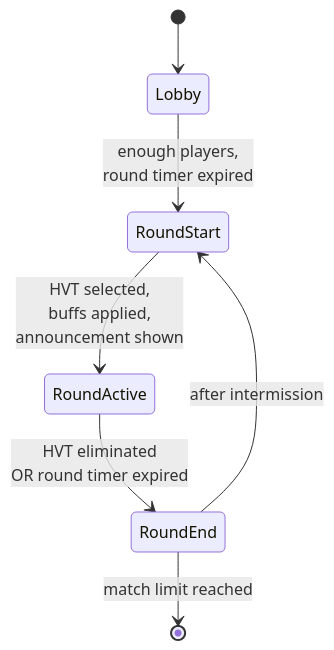
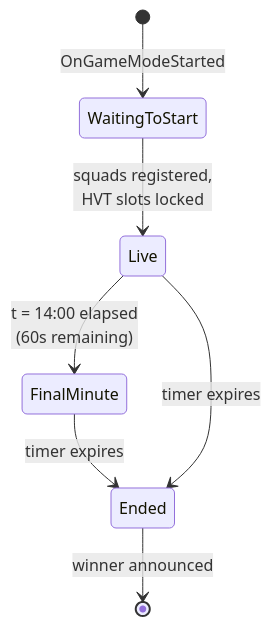
Before and after one commit to dklaver15/the189th-docs: the first of 3 diagrams in docs/portal-modes/vendetta/design.md, drawn with Mermaid. The commit also changed other lines of this file and 5 other files, not shown here.

````diff
--- a/docs/portal-modes/vendetta/design.md
+++ b/docs/portal-modes/vendetta/design.md
@@ -7,9 +7,9 @@
 ```mermaid
 stateDiagram-v2
-    [*] --> Lobby
-    Lobby --> RoundStart : enough players,<br/>round timer expired
-    RoundStart --> RoundActive : HVT selected,<br/>buffs applied,<br/>announcement shown
-    RoundActive --> RoundEnd : HVT eliminated<br/>OR round timer expired
-    RoundEnd --> RoundStart : after intermission
-    RoundEnd --> [*] : match limit reached
+    [*] --> WaitingToStart : OnGameModeStarted
+    WaitingToStart --> Live : squads registered,<br/>HVT slots locked
+    Live --> FinalMinute : t = 14:00 elapsed<br/>(60s remaining)
+    FinalMinute --> Ended : timer expires
+    Live --> Ended : timer expires
+    Ended --> [*] : winner announced
 ```
````
